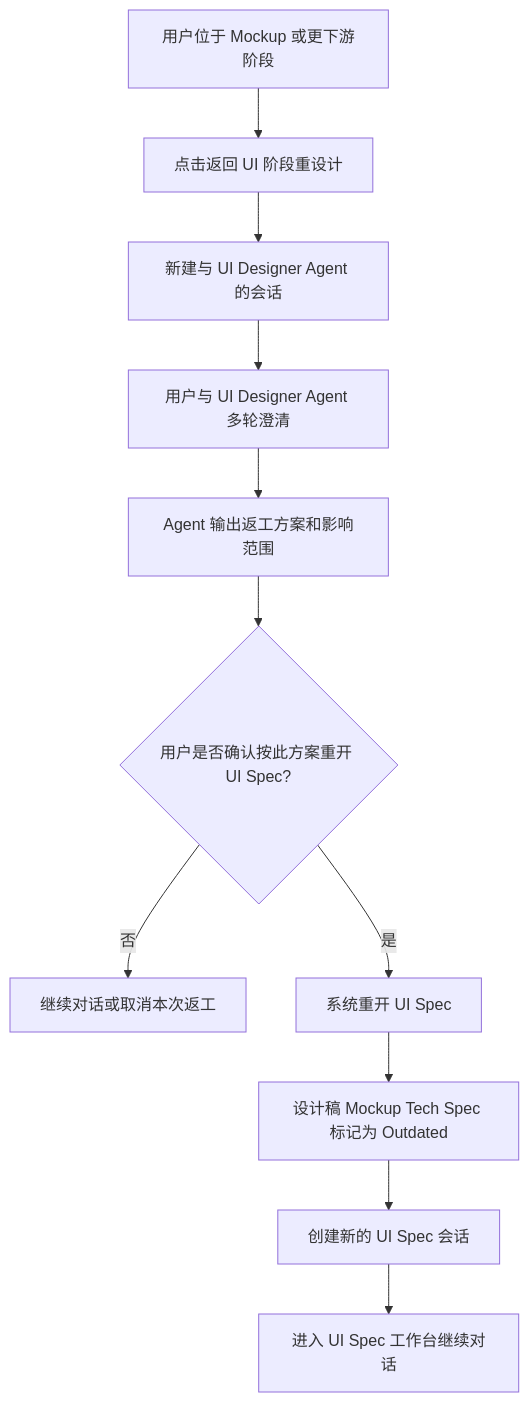
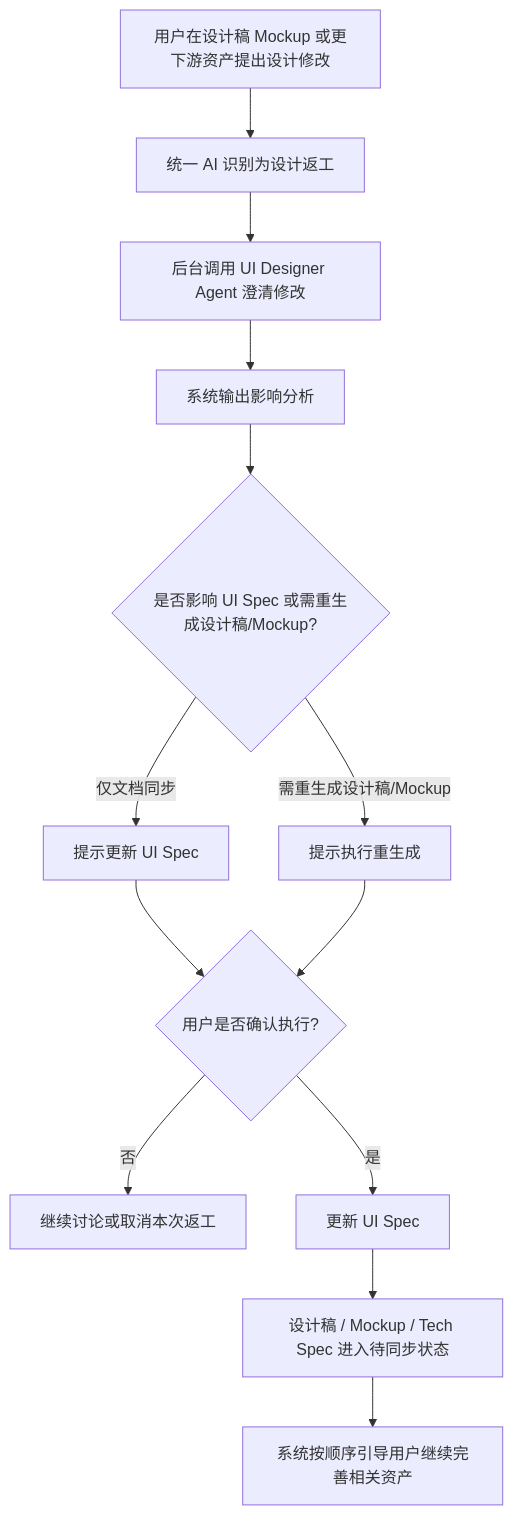
One commit to Jacobgxd/57Block_MVP_Builder changed the ninth of 9 diagrams in .blueprint/PRD_V1.md. Above: the diagram before and after it, drawn with Mermaid. The commit also changed other lines of this file and 11 other files, not shown here.

````diff
--- a/.blueprint/PRD_V1.md
+++ b/.blueprint/PRD_V1.md
@@ -807,13 +875,15 @@
 ```mermaid
 flowchart TD
-    A[用户位于 Mockup 或更下游阶段] --> B[点击返回 UI 阶段重设计]
-    B --> C[新建与 UI Designer Agent 的会话]
-    C --> D[用户与 UI Designer Agent 多轮澄清]
-    D --> E[Agent 输出返工方案和影响范围]
-    E --> F{用户是否确认按此方案重开 UI Spec?}
-    F -->|否| G[继续对话或取消本次返工]
-    F -->|是| H[系统重开 UI Spec]
-    H --> I[设计稿 Mockup Tech Spec 标记为 Outdated]
-    I --> J[创建新的 UI Spec 会话]
-    J --> K[进入 UI Spec 工作台继续对话]
+    A[用户在设计稿 Mockup 或更下游资产提出设计修改] --> B[统一 AI 识别为设计返工]
+    B --> C[后台调用 UI Designer Agent 澄清修改]
+    C --> D[系统输出影响分析]
+    D --> E{是否影响 UI Spec 或需重生成设计稿/Mockup?}
+    E -->|仅文档同步| F[提示更新 UI Spec]
+    E -->|需重生成设计稿/Mockup| G[提示执行重生成]
+    F --> H{用户是否确认执行?}
+    G --> H
+    H -->|否| I[继续讨论或取消本次返工]
+    H -->|是| J[更新 UI Spec]
+    J --> K[设计稿 / Mockup / Tech Spec 进入待同步状态]
+    K --> L[系统按顺序引导用户继续完善相关资产]
 ```
````
